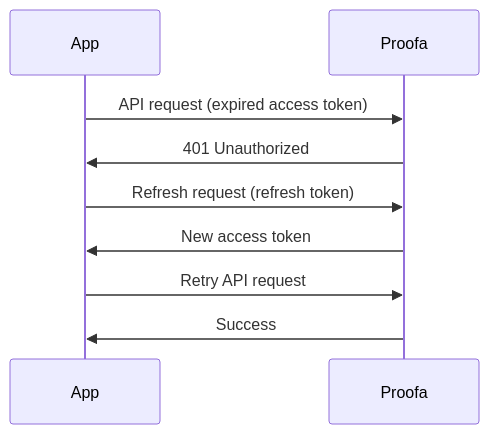
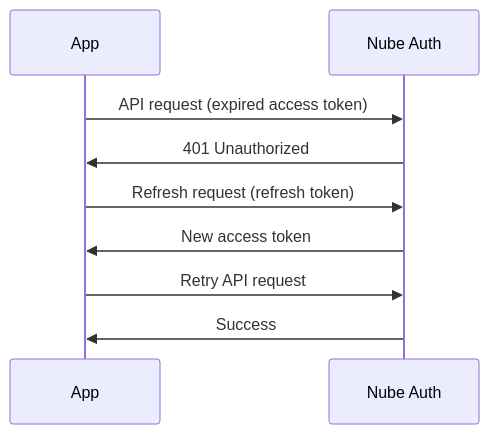
Before and after one commit to nube-auth/nube-auth: the diagram in apps/dashboard/docs/sessions/token-refresh.md, drawn with Mermaid. The commit also changed other lines of this file and 292 other files, not shown here.

Commit message:
chore: rename proofa → nube-auth across entire codebase

````diff
--- a/apps/dashboard/docs/sessions/token-refresh.md
+++ b/apps/dashboard/docs/sessions/token-refresh.md
@@ -42,9 +42,9 @@
 ```mermaid
 sequenceDiagram
-    App->>Proofa: API request (expired access token)
-    Proofa->>App: 401 Unauthorized
-    App->>Proofa: Refresh request (refresh token)
-    Proofa->>App: New access token
-    App->>Proofa: Retry API request
-    Proofa->>App: Success
+    App->>Nube Auth: API request (expired access token)
+    Nube Auth->>App: 401 Unauthorized
+    App->>Nube Auth: Refresh request (refresh token)
+    Nube Auth->>App: New access token
+    App->>Nube Auth: Retry API request
+    Nube Auth->>App: Success
 ```
````
